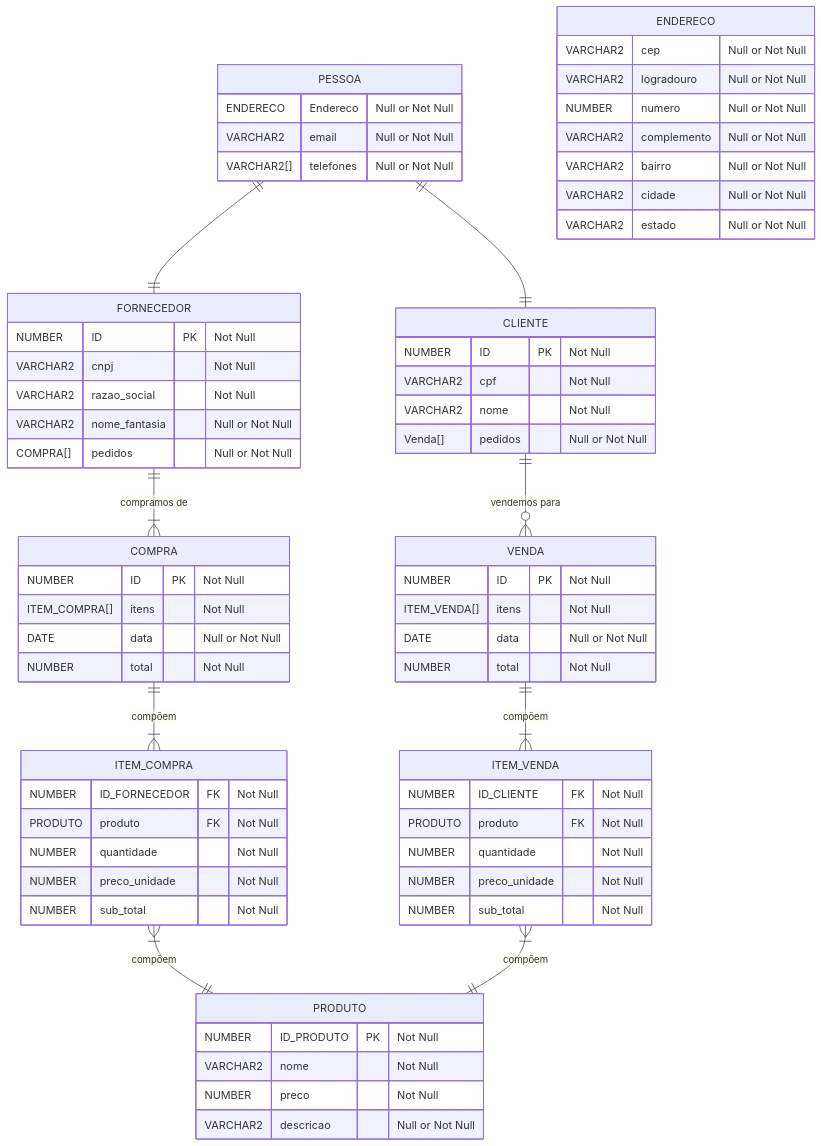
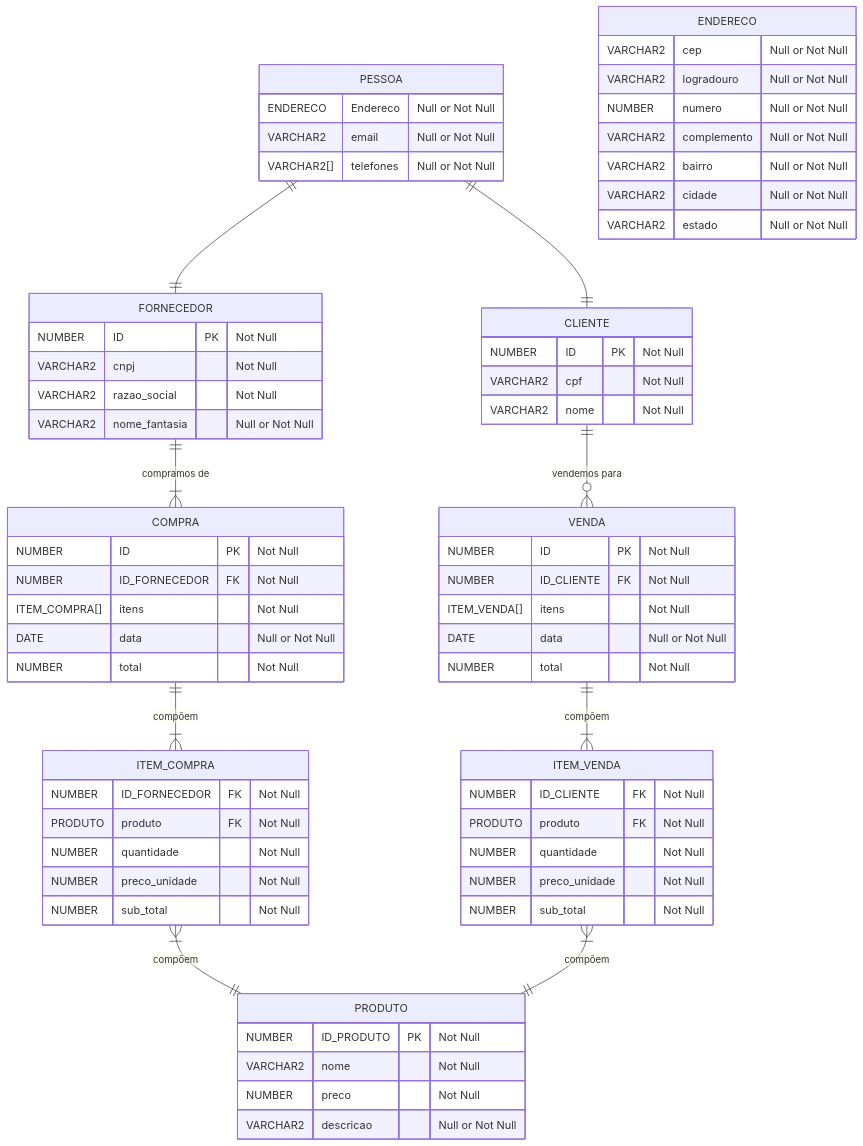
The diagram in planning/erDiagram.mmd (digaoes94/trabalhoSQL), drawn with Mermaid before and after one commit. The commit also changed 4 other files, not shown here.

Commit message:
Updated Fornecedor and Client classes, as well as diagram images

```diff
--- a/planning/erDiagram.mmd
+++ b/planning/erDiagram.mmd
@@ -1,80 +1,80 @@
 erDiagram
     PESSOA {
         ENDERECO Endereco "Null or Not Null"
         VARCHAR2 email "Null or Not Null"
         VARCHAR2[] telefones "Null or Not Null"
     }
 
     FORNECEDOR {
         NUMBER ID PK "Not Null"
         VARCHAR2 cnpj "Not Null"
         VARCHAR2 razao_social "Not Null"
         VARCHAR2 nome_fantasia "Null or Not Null"
-        COMPRA[] pedidos "Null or Not Null"
     }
 
     ITEM_COMPRA {
         NUMBER ID_FORNECEDOR FK "Not Null"
         PRODUTO produto FK "Not Null"
         NUMBER quantidade "Not Null"
         NUMBER preco_unidade "Not Null"
         NUMBER sub_total "Not Null"
     }
 
     COMPRA {
         NUMBER ID PK "Not Null"
+        NUMBER ID_FORNECEDOR FK "Not Null"
         ITEM_COMPRA[] itens"Not Null"
         DATE data "Null or Not Null"
         NUMBER total "Not Null"
     }
 
     CLIENTE {
         NUMBER ID PK "Not Null"
         VARCHAR2 cpf "Not Null"
         VARCHAR2 nome "Not Null"
-        Venda[] pedidos "Null or Not Null"
     }
 
     ITEM_VENDA {
         NUMBER ID_CLIENTE FK "Not Null"
         PRODUTO produto FK "Not Null"
         NUMBER quantidade "Not Null"
         NUMBER preco_unidade "Not Null"
         NUMBER sub_total "Not Null"
     }
 
     VENDA {
         NUMBER ID PK "Not Null"
+        NUMBER ID_CLIENTE FK "Not Null"
         ITEM_VENDA[] itens"Not Null"
         DATE data "Null or Not Null"
         NUMBER total "Not Null"
+    }
+
+    PRODUTO {
+        NUMBER ID_PRODUTO PK "Not Null"
+        VARCHAR2 nome "Not Null"
+        NUMBER preco "Not Null"
+        VARCHAR2 descricao "Null or Not Null"
     }
 
     ENDERECO {
         VARCHAR2 cep "Null or Not Null"
         VARCHAR2 logradouro "Null or Not Null"
         NUMBER numero "Null or Not Null"
         VARCHAR2 complemento "Null or Not Null"
         VARCHAR2 bairro "Null or Not Null"
         VARCHAR2 cidade "Null or Not Null"
         VARCHAR2 estado "Null or Not Null"
-    }
-
-    PRODUTO {
-        NUMBER ID_PRODUTO PK "Not Null"
-        VARCHAR2 nome "Not Null"
-        NUMBER preco "Not Null"
-        VARCHAR2 descricao "Null or Not Null"
     }
 
     PESSOA ||--|| FORNECEDOR : ""
     PESSOA ||--|| CLIENTE : ""
 
     FORNECEDOR ||--|{ COMPRA : "compramos de"
     COMPRA ||--|{ ITEM_COMPRA : "compõem"
 
     CLIENTE ||--O{ VENDA : "vendemos para"
     VENDA ||--|{ ITEM_VENDA : "compõem"
 
     ITEM_COMPRA }|--|| PRODUTO : "compõem"
     ITEM_VENDA }|--|| PRODUTO : "compõem"
```
